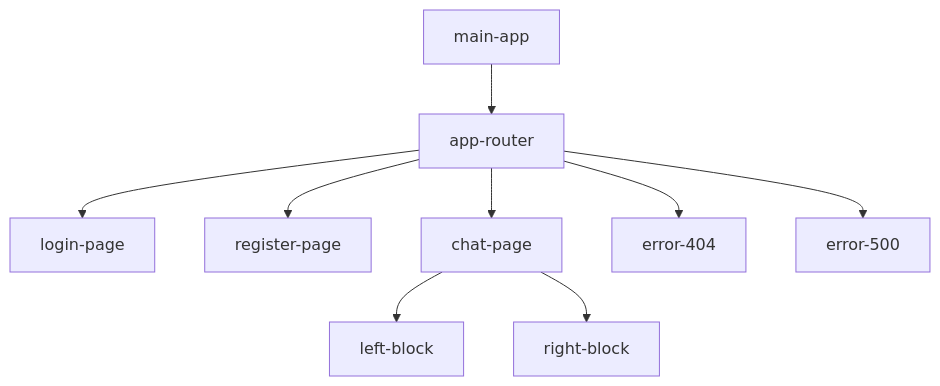
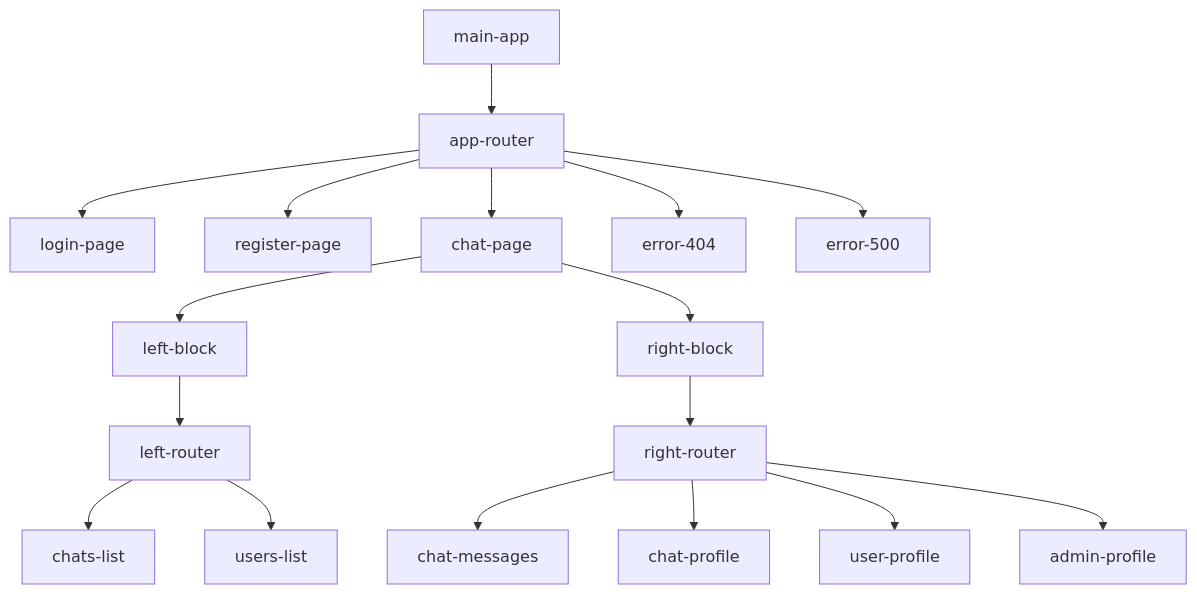
One commit to mrNote23/middle.messenger.praktikum.yandex changed the diagram in README.md. Above: the diagram before and after it, drawn with Mermaid. The commit also changed other lines of this file, not shown here.

````diff
--- a/README.md
+++ b/README.md
@@ -126,12 +102,20 @@
 ```mermaid
 flowchart TD
     main-app --> app-router
     app-router --> login-page
     app-router --> register-page
     app-router --> chat-page
     app-router --> error-404
     app-router --> error-500
     chat-page --> left-block
     chat-page --> right-block
+    left-block --> left-router
+    right-block --> right-router
+    left-router --> chats-list
+    left-router --> users-list
+    right-router --> chat-messages
+    right-router --> chat-profile
+    right-router --> user-profile
+    right-router --> admin-profile
 
 ```
````
